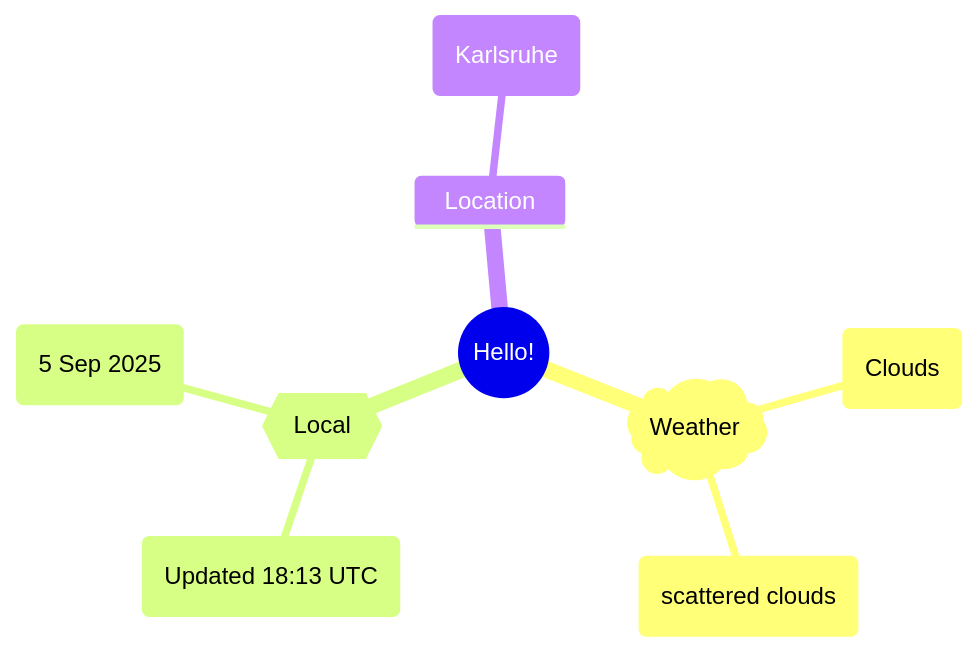
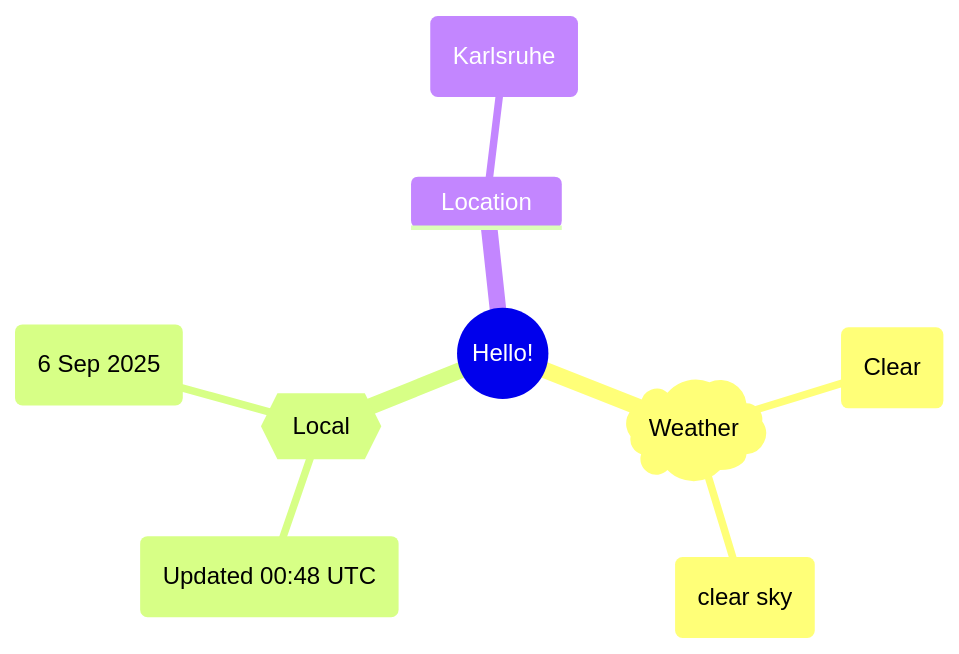
The first of 2 diagrams in README.md (Xosrov/Xosrov), drawn with Mermaid before and after one commit.

Commit message:
[bot] updated images

````diff
--- a/README.md
+++ b/README.md
@@ -3,12 +3,12 @@
 ```mermaid
 mindmap
   root((Hello!))
     )Weather(
-        (Clouds)
-        (scattered clouds)
+        (Clear)
+        (clear sky)
     {{Local}}
-        (Updated 18:13 UTC)
-        (5 Sep 2025)
+        (Updated 00:48 UTC)
+        (6 Sep 2025)
     Location
         (Karlsruhe)
 ```
````
